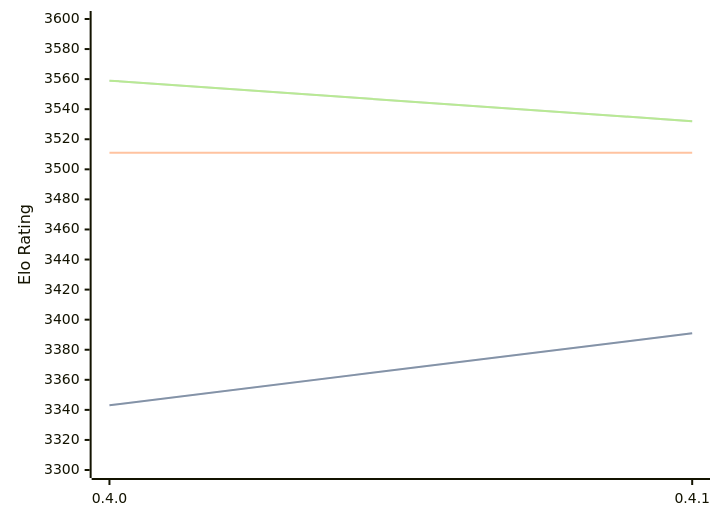
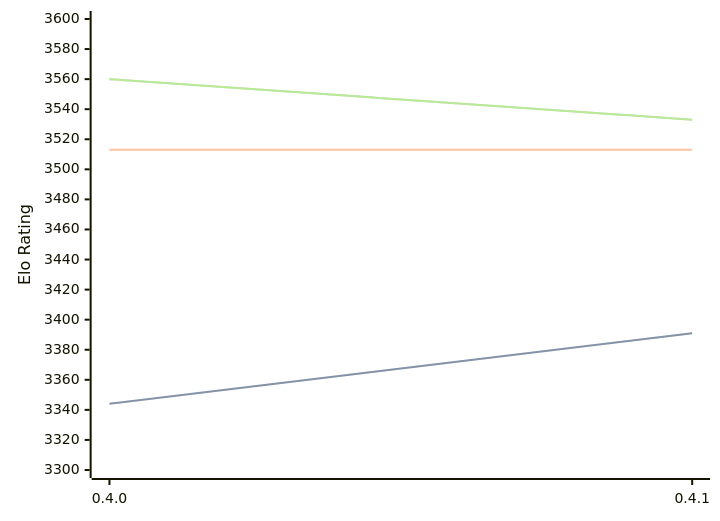
One commit to computer-chess-index/cci changed the diagram in engines/Cinder.md. Above: the diagram before and after it, drawn with Mermaid. The commit also changed other lines of this file, not shown here.

Commit message:
Update CCI Ratings (ELO VLTC) - 2026-02-16

````diff
--- a/engines/Cinder.md
+++ b/engines/Cinder.md
@@ -37,11 +37,11 @@
 ```mermaid
 %%{init: {"theme":"base","themeVariables":{"seriesColors:['#a3a3a3','#222221','#faa371']}}}%%
 xychart-beta
   x-axis ["0.4.0", "0.4.1"]
   y-axis "Elo Rating" 3300 --> 3600
-  line "STC (8.0+0.08s)" [3343, 3391]
-  line "STC (8.0+0.08s)" [3343, 3391]
-  line "LTC (60.0+0.60s)" [3511, 3511]
-  line "VLTC (2m24s+1.12s)" [3559, 3532]
-  line "VLTC (2m24s+1.12s)" [3559, 3532]
+  line "STC (8.0+0.08s)" [3344, 3391]
+  line "STC (8.0+0.08s)" [3344, 3391]
+  line "LTC (60.0+0.60s)" [3513, 3513]
+  line "VLTC (2m24s+1.12s)" [3560, 3533]
+  line "VLTC (2m24s+1.12s)" [3560, 3533]
 ```
````
